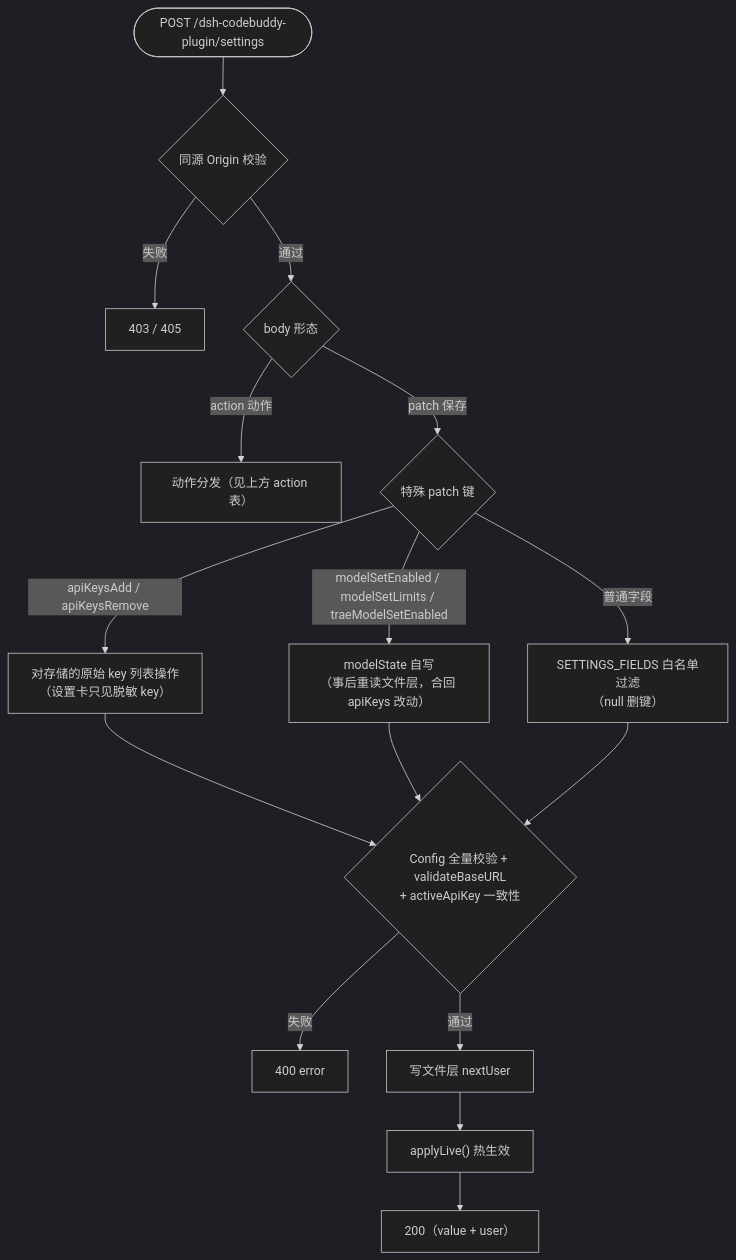
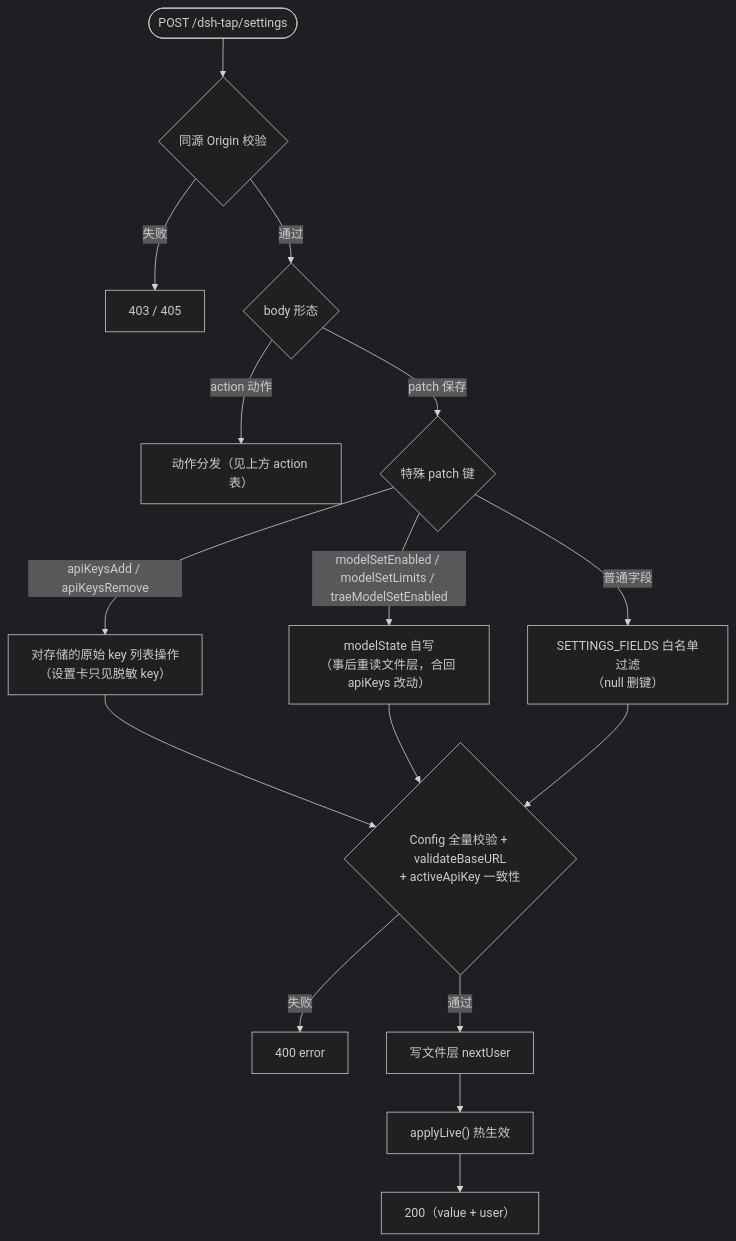
The second of 2 diagrams in wiki/02-composition-root.md (taikaikaikai-pixel/dsh-codebuddy-plugin), drawn with Mermaid (dark theme) before and after one commit. The commit also changed other lines of this file and 19 other files, not shown here.

First line of the commit message:
feat!: rename dsh-codebuddy-plugin -> dsh-tap (v0.9.0)

````diff
--- a/wiki/02-composition-root.md
+++ b/wiki/02-composition-root.md
@@ -168,19 +168,19 @@
 ```mermaid
 flowchart TB
-    POST(["POST /dsh-codebuddy-plugin/settings"]) --> SO{"同源 Origin 校验"}
+    POST(["POST /dsh-tap/settings"]) --> SO{"同源 Origin 校验"}
     SO -->|失败| F403["403 / 405"]
     SO -->|通过| BODY{"body 形态"}
     BODY -->|action 动作| ACT["动作分发（见上方 action 表）"]
     BODY -->|patch 保存| KEYS{"特殊 patch 键"}
     KEYS -->|"apiKeysAdd / apiKeysRemove"| K1["对存储的原始 key 列表操作<br/>（设置卡只见脱敏 key）"]
     KEYS -->|"modelSetEnabled / modelSetLimits / traeModelSetEnabled"| K2["modelState 自写<br/>（事后重读文件层，合回 apiKeys 改动）"]
     KEYS -->|普通字段| K3["SETTINGS_FIELDS 白名单过滤<br/>（null 删键）"]
     VAL{"Config 全量校验 + validateBaseURL<br/>+ activeApiKey 一致性"}
     K1 --> VAL
     K2 --> VAL
     K3 --> VAL
     VAL -->|失败| F400["400 error"]
     VAL -->|通过| W["写文件层 nextUser"]
     W --> LIVE2["applyLive() 热生效"]
     LIVE2 --> OK["200（value + user）"]
 ```
````
